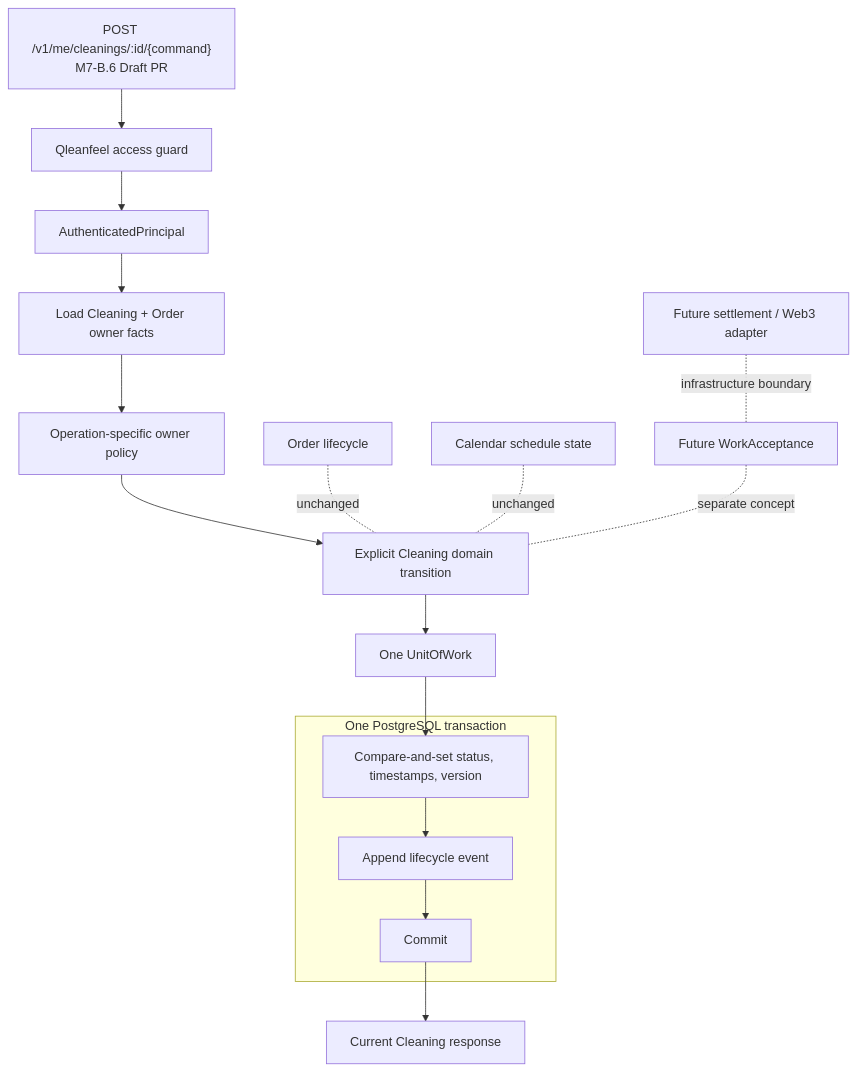
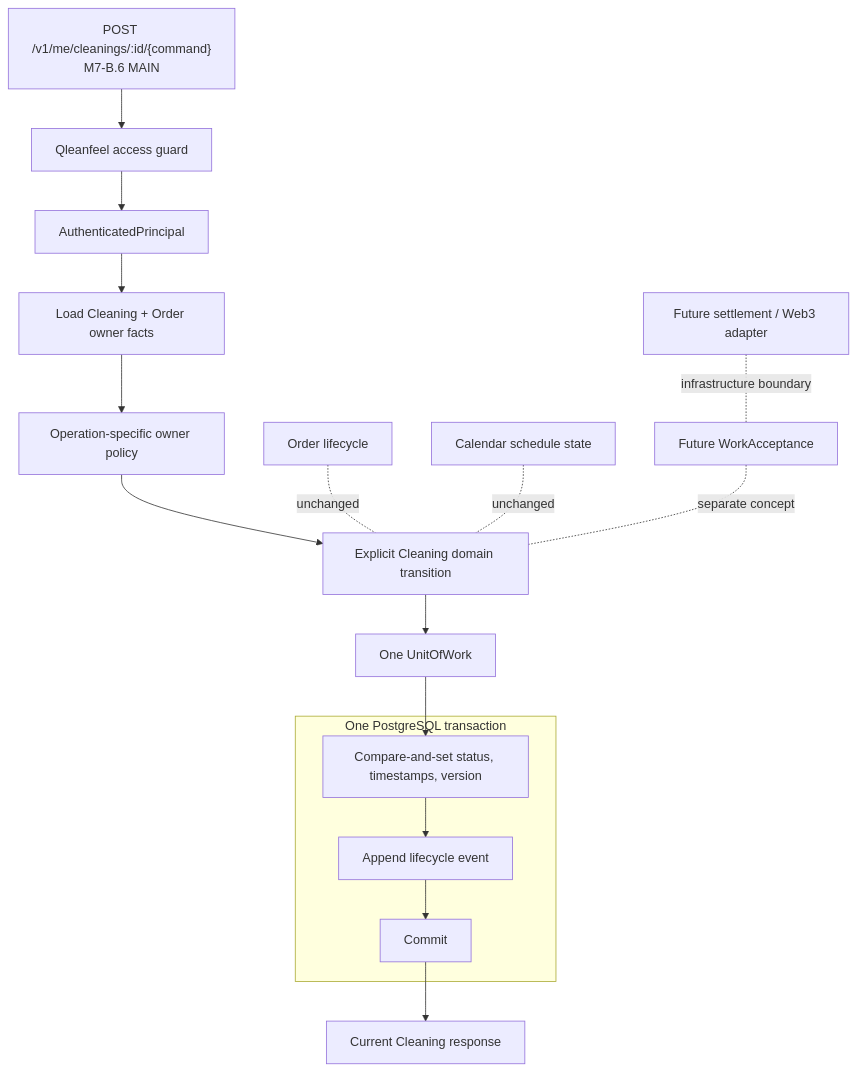
Before and after one commit to qleanfeel-bot/qleanfeel-rn: the seventh of 9 diagrams in docs/ARCHITECTURE_MAP.md, drawn with Mermaid. The commit also changed other lines of this file and 12 other files, not shown here.

````diff
--- a/docs/ARCHITECTURE_MAP.md
+++ b/docs/ARCHITECTURE_MAP.md
@@ -262,18 +262,18 @@
 ```mermaid
 flowchart TB
-  Request["POST /v1/me/cleanings/:id/{command}<br/>M7-B.6 Draft PR"] --> Guard["Qleanfeel access guard"]
+  Request["POST /v1/me/cleanings/:id/{command}<br/>M7-B.6 MAIN"] --> Guard["Qleanfeel access guard"]
   Guard --> Principal["AuthenticatedPrincipal"]
   Principal --> Load["Load Cleaning + Order owner facts"]
   Load --> Policy["Operation-specific owner policy"]
   Policy --> Domain["Explicit Cleaning domain transition"]
   Domain --> UOW["One UnitOfWork"]
   subgraph Tx["One PostgreSQL transaction"]
     CAS["Compare-and-set status, timestamps, version"] --> Event["Append lifecycle event"] --> Commit["Commit"]
   end
   UOW --> CAS
   Commit --> DTO["Current Cleaning response"]
   OrderState["Order lifecycle"] -. unchanged .- Domain
   CalendarState["Calendar schedule state"] -. unchanged .- Domain
   Acceptance["Future WorkAcceptance"] -. separate concept .- Domain
   Settlement["Future settlement / Web3 adapter"] -. infrastructure boundary .- Acceptance
 ```
````
